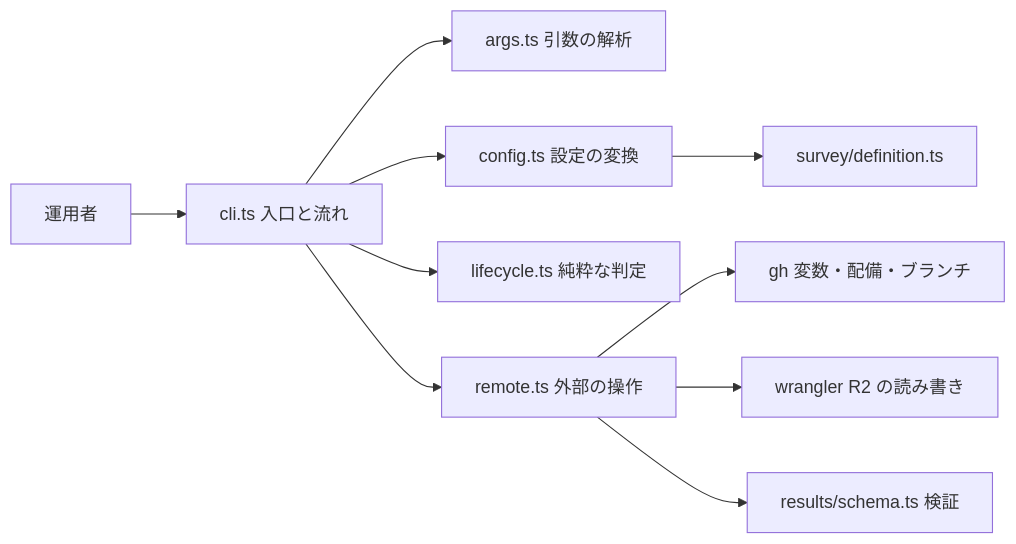
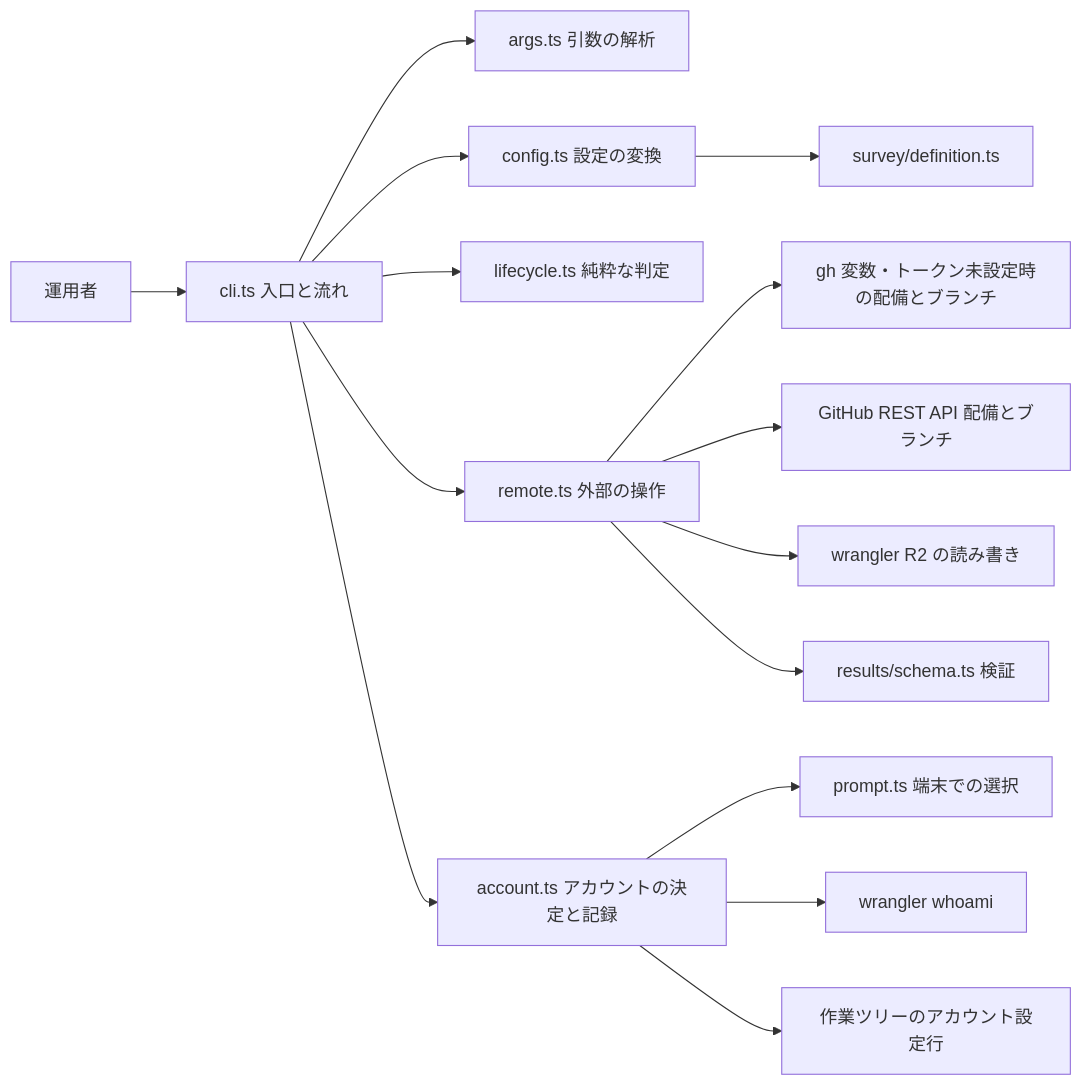
Before and after one commit to nekono-dev/skyshare: the first of 6 diagrams in .kiro/specs/survey-operations/design.md, drawn with Mermaid. The commit also changed other lines of this file and 3 other files, not shown here.

````diff
--- a/.kiro/specs/survey-operations/design.md
+++ b/.kiro/specs/survey-operations/design.md
@@ -77,12 +86,17 @@
 ```mermaid
 flowchart LR
   User[運用者] --> Entry[cli.ts 入口と流れ]
   Entry --> Args[args.ts 引数の解析]
   Entry --> Config[config.ts 設定の変換]
   Entry --> Life[lifecycle.ts 純粋な判定]
   Entry --> Remote[remote.ts 外部の操作]
-  Remote --> GH[gh 変数・配備・ブランチ]
+  Entry --> Account[account.ts アカウントの決定と記録]
+  Account --> Prompt[prompt.ts 端末での選択]
+  Account --> Whoami[wrangler whoami]
+  Account --> Vars[作業ツリーのアカウント設定行]
+  Remote --> GH[gh 変数・トークン未設定時の配備とブランチ]
+  Remote --> API[GitHub REST API 配備とブランチ]
   Remote --> WR[wrangler R2 の読み書き]
   Remote --> Schema[results/schema.ts 検証]
   Config --> Def[survey/definition.ts]
 ```
````
